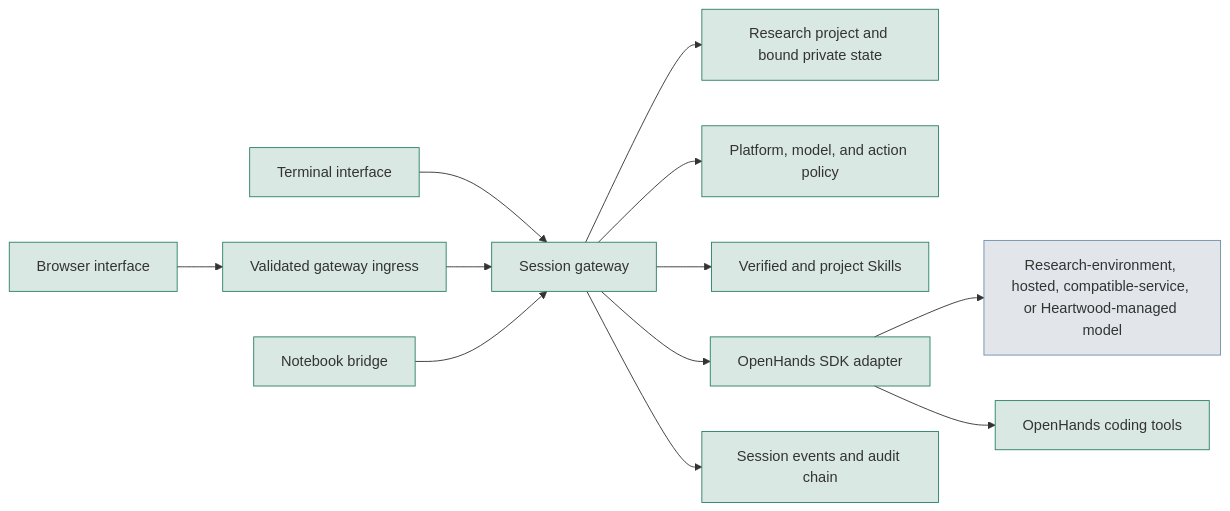
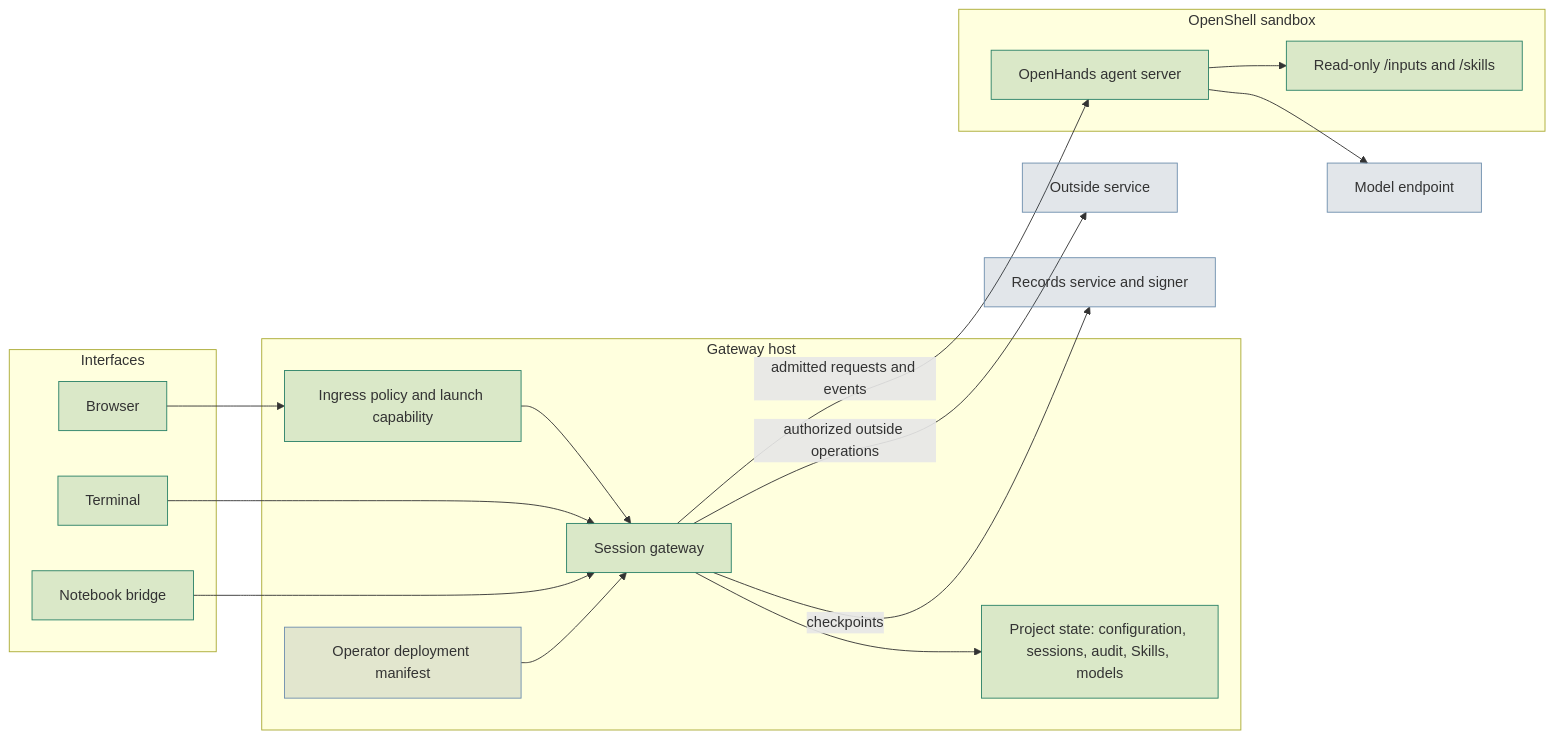
One commit to SchmiedmayerLab/heartwood changed the diagram in documentation/architecture/system.md. Above: the diagram before and after it, drawn with Mermaid. The commit also changed other lines of this file and 59 other files, not shown here.

````diff
--- a/documentation/architecture/system.md
+++ b/documentation/architecture/system.md
@@ -16,18 +13,32 @@
 ```mermaid
 flowchart LR
-    CLI["Terminal interface"] --> Gateway["Session gateway"]
-    Web["Browser interface"] --> Ingress["Validated gateway ingress"]
-    Ingress --> Gateway
-    Notebook["Notebook bridge"] --> Gateway
-    Gateway --> Project["Research project and bound private state"]
-    Gateway --> Policy["Platform, model, and action policy"]
-    Gateway --> Skills["Verified and project Skills"]
-    Gateway --> Adapter["OpenHands SDK adapter"]
-    Adapter --> Model["Research-environment, hosted, compatible-service, or Heartwood-managed model"]
-    Adapter --> Tools["OpenHands coding tools"]
-    Gateway --> Audit["Session events and audit chain"]
+    subgraph Interfaces
+        CLI["Terminal"]
+        Web["Browser"]
+        Notebook["Notebook bridge"]
+    end
+    subgraph Host["Gateway host"]
+        Ingress["Ingress policy and launch capability"]
+        Gateway["Session gateway"]
+        State["Project state: configuration, sessions, audit, Skills, models"]
+        Manifest["Operator deployment manifest"]
+    end
+    subgraph Sandbox["OpenShell sandbox"]
+        Worker["OpenHands agent server"]
+        Projections["Read-only /inputs and /skills"]
+    end
+    Web --> Ingress --> Gateway
+    CLI --> Gateway
+    Notebook --> Gateway
+    Manifest --> Gateway
+    Gateway --> State
+    Gateway -- "admitted requests and events" --> Worker
+    Worker --> Projections
+    Worker --> Model["Model endpoint"]
+    Gateway -- "authorized outside operations" --> Service["Outside service"]
+    Gateway -- "checkpoints" --> Records["Records service and signer"]
     classDef heartwood fill:#0b694d26,stroke:#2b8268
     classDef platform fill:#3f5b7426,stroke:#6f8fae
-    class CLI,Web,Ingress,Notebook,Gateway,Project,Policy,Skills,Adapter,Tools,Audit heartwood
-    class Model platform
+    class CLI,Web,Notebook,Ingress,Gateway,State,Worker,Projections heartwood
+    class Manifest,Model,Service,Records platform
 ```
````
